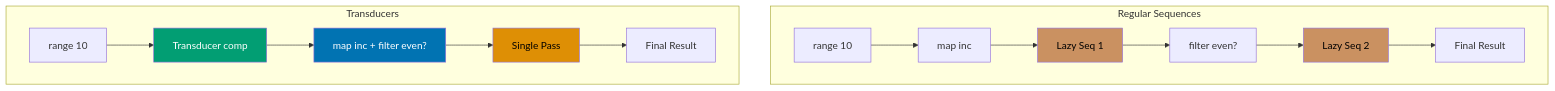
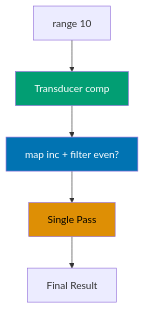
The ninth of 11 diagrams in apps/ayokoding-web/content/en/learn/software-engineering/programming-languages/clojure/tutorials/by-example/intermediate.md (wahidyankf/open-sharia-enterprise), drawn with Mermaid before and after one commit. The commit also changed 1 other file, not shown here.

Commit message:
fix(ayokoding-web): split Clojure Example 40 transducers diagram for better mobile display

````diff
--- a/apps/ayokoding-web/content/en/learn/software-engineering/programming-languages/clojure/tutorials/by-example/intermediate.md
+++ b/apps/ayokoding-web/content/en/learn/software-engineering/programming-languages/clojure/tutorials/by-example/intermediate.md
@@ -573,24 +589,11 @@
 ```mermaid
-%% Transducer vs regular sequence operations
 graph TD
-    subgraph Regular Sequences
-    R1[range 10] --> R2[map inc]
-    R2 --> R3[Lazy Seq 1]
-    R3 --> R4[filter even?]
-    R4 --> R5[Lazy Seq 2]
-    R5 --> R6[Final Result]
-    end
-
-    subgraph Transducers
     T1[range 10] --> TX[Transducer comp]
     TX --> T2[map inc + filter even?]
     T2 --> T3[Single Pass]
     T3 --> T4[Final Result]
-    end
 
-    style R3 fill:#CA9161,color:#000
-    style R5 fill:#CA9161,color:#000
     style TX fill:#029E73,color:#fff
     style T2 fill:#0173B2,color:#fff
     style T3 fill:#DE8F05,color:#000
 ```
````
